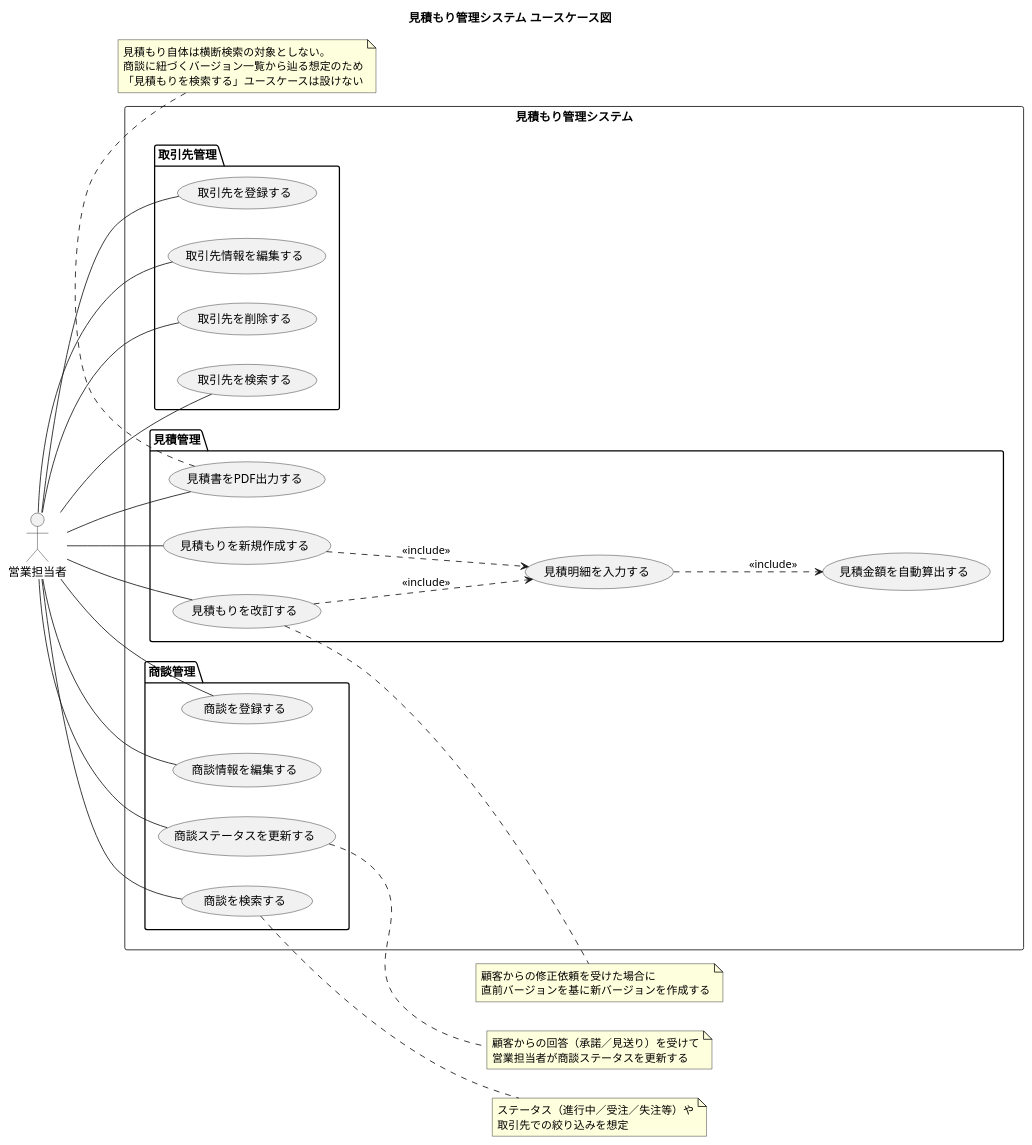
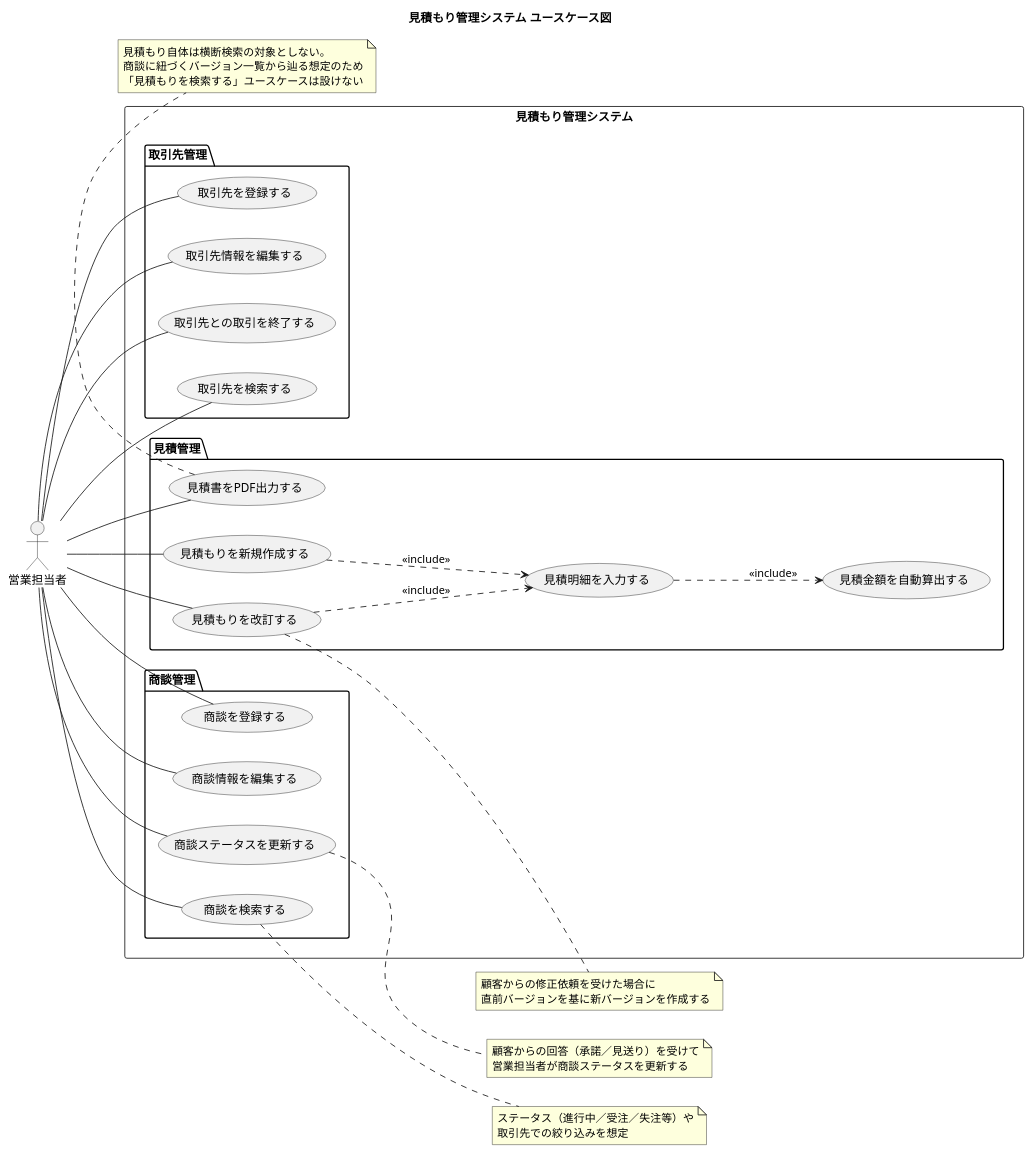
Before and after one commit to sakaguchi-0725/quotation-system: the diagram in docs/draft/usecase.puml, drawn with PlantUML.

Commit message:
docs(draft): 取引先削除UCの文言をER図の設計に合わせる
取引先は物理削除せずclosed_at（取引終了日）による論理クローズとする
設計のため、UC名を実態に合わせて修正。

```diff
--- a/docs/draft/usecase.puml
+++ b/docs/draft/usecase.puml
@@ -1,71 +1,71 @@
 @startuml usecase
 title 見積もり管理システム ユースケース図
 
 left to right direction
 
 actor 営業担当者 as sales
 
 rectangle "見積もり管理システム" {
   package "取引先管理" {
     usecase "取引先を登録する" as UC_PartnerCreate
     usecase "取引先情報を編集する" as UC_PartnerUpdate
-    usecase "取引先を削除する" as UC_PartnerDelete
+    usecase "取引先との取引を終了する" as UC_PartnerDelete
     usecase "取引先を検索する" as UC_PartnerSearch
   }
 
   package "商談管理" {
     usecase "商談を登録する" as UC_OpportunityCreate
     usecase "商談情報を編集する" as UC_OpportunityUpdate
     usecase "商談ステータスを更新する" as UC_OpportunityStatusUpdate
     usecase "商談を検索する" as UC_OpportunitySearch
   }
 
   package "見積管理" {
     usecase "見積もりを新規作成する" as UC_QuoteCreate
     usecase "見積もりを改訂する" as UC_QuoteRevise
     usecase "見積明細を入力する" as UC_QuoteLineInput
     usecase "見積金額を自動算出する" as UC_QuoteCalculate
     usecase "見積書をPDF出力する" as UC_QuotePdfExport
   }
 }
 
 sales -- UC_PartnerCreate
 sales -- UC_PartnerUpdate
 sales -- UC_PartnerDelete
 sales -- UC_PartnerSearch
 
 sales -- UC_OpportunityCreate
 sales -- UC_OpportunityUpdate
 sales -- UC_OpportunityStatusUpdate
 sales -- UC_OpportunitySearch
 
 sales -- UC_QuoteCreate
 sales -- UC_QuoteRevise
 sales -- UC_QuotePdfExport
 
 UC_QuoteCreate ..> UC_QuoteLineInput : <<include>>
 UC_QuoteRevise ..> UC_QuoteLineInput : <<include>>
 UC_QuoteLineInput ..> UC_QuoteCalculate : <<include>>
 
 note right of UC_OpportunitySearch
   ステータス（進行中／受注／失注等）や
   取引先での絞り込みを想定
 end note
 
 note right of UC_OpportunityStatusUpdate
   顧客からの回答（承諾／見送り）を受けて
   営業担当者が商談ステータスを更新する
 end note
 
 note right of UC_QuoteRevise
   顧客からの修正依頼を受けた場合に
   直前バージョンを基に新バージョンを作成する
 end note
 
 note bottom of UC_QuotePdfExport
   見積もり自体は横断検索の対象としない。
   商談に紐づくバージョン一覧から辿る想定のため
   「見積もりを検索する」ユースケースは設けない
 end note
 
 @enduml
```
